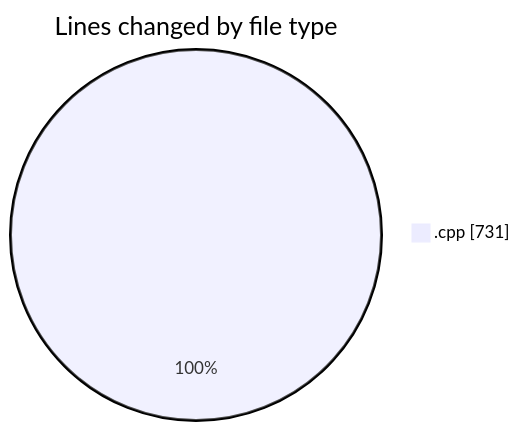
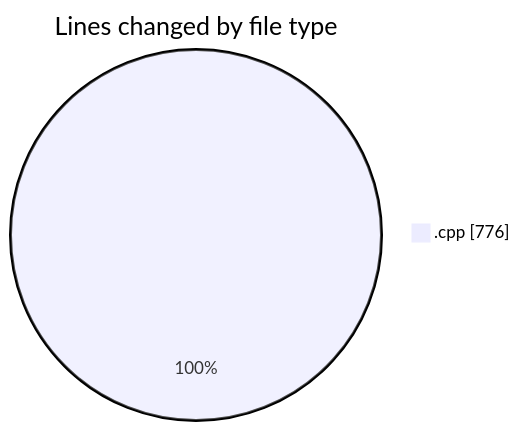
One commit to Ritupan-Deka/code-tracking changed the first of 2 diagrams in 2025-06-21/refinedproject/README.md. Above: the diagram before and after it, drawn with Mermaid. The commit also changed other lines of this file and 1 other file, not shown here.

````diff
--- a/2025-06-21/refinedproject/README.md
+++ b/2025-06-21/refinedproject/README.md
@@ -22,5 +22,5 @@
 ```mermaid
 pie showData
 title Lines changed by file type
-".cpp" : 731
+".cpp" : 776
 ```
````
